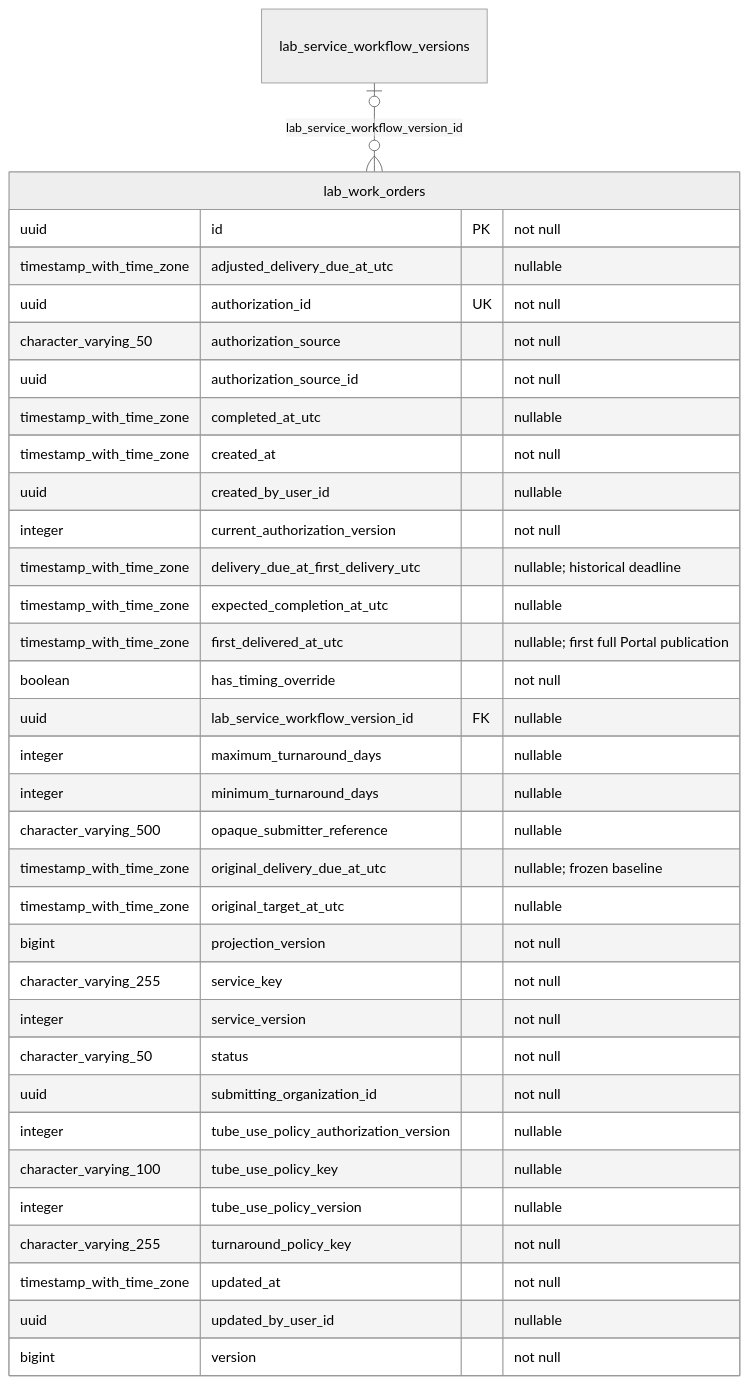
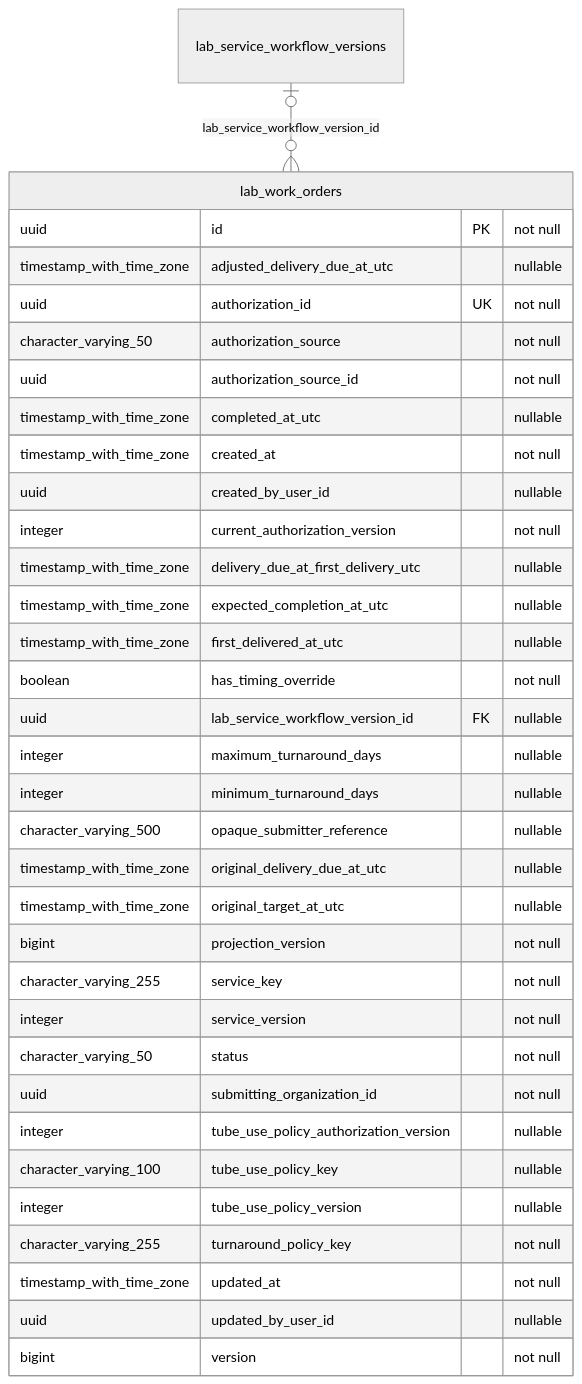
Before and after one commit to behaack/phaeno-ops-mgmt-system: diagram 29 of 31 in docs/database-erd.md, drawn with Mermaid (neutral theme). The commit also changed other lines of this file and 299 other files, not shown here.

````diff
--- a/docs/database-erd.md
+++ b/docs/database-erd.md
@@ -3754,37 +3836,37 @@
 ```mermaid
 erDiagram
     lab_work_orders {
         uuid id PK "not null"
         timestamp_with_time_zone adjusted_delivery_due_at_utc "nullable"
         uuid authorization_id UK "not null"
         character_varying_50 authorization_source "not null"
         uuid authorization_source_id "not null"
         timestamp_with_time_zone completed_at_utc "nullable"
         timestamp_with_time_zone created_at "not null"
         uuid created_by_user_id "nullable"
         integer current_authorization_version "not null"
-        timestamp_with_time_zone delivery_due_at_first_delivery_utc "nullable; historical deadline"
+        timestamp_with_time_zone delivery_due_at_first_delivery_utc "nullable"
         timestamp_with_time_zone expected_completion_at_utc "nullable"
-        timestamp_with_time_zone first_delivered_at_utc "nullable; first full Portal publication"
+        timestamp_with_time_zone first_delivered_at_utc "nullable"
         boolean has_timing_override "not null"
         uuid lab_service_workflow_version_id FK "nullable"
         integer maximum_turnaround_days "nullable"
         integer minimum_turnaround_days "nullable"
         character_varying_500 opaque_submitter_reference "nullable"
-        timestamp_with_time_zone original_delivery_due_at_utc "nullable; frozen baseline"
+        timestamp_with_time_zone original_delivery_due_at_utc "nullable"
         timestamp_with_time_zone original_target_at_utc "nullable"
         bigint projection_version "not null"
         character_varying_255 service_key "not null"
         integer service_version "not null"
         character_varying_50 status "not null"
         uuid submitting_organization_id "not null"
         integer tube_use_policy_authorization_version "nullable"
         character_varying_100 tube_use_policy_key "nullable"
         integer tube_use_policy_version "nullable"
         character_varying_255 turnaround_policy_key "not null"
         timestamp_with_time_zone updated_at "not null"
         uuid updated_by_user_id "nullable"
         bigint version "not null"
     }
     lab_service_workflow_versions o|--o{ lab_work_orders : "lab_service_workflow_version_id"
 ```
````
